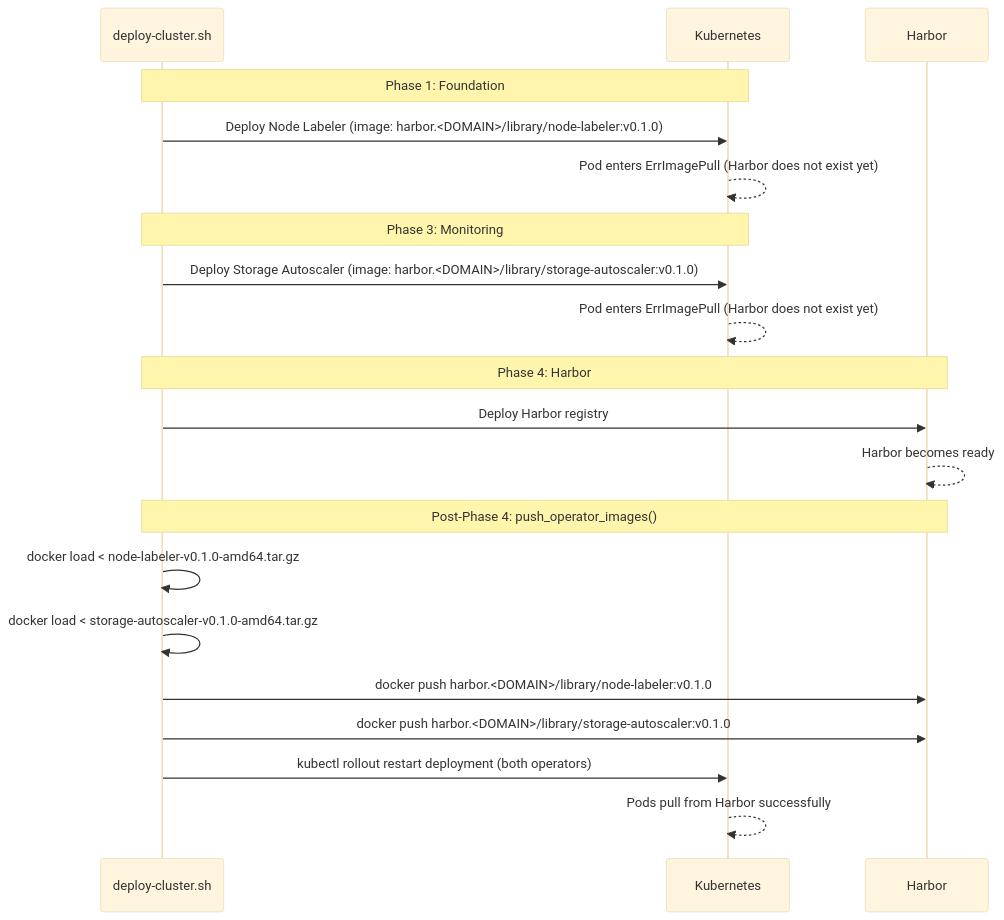
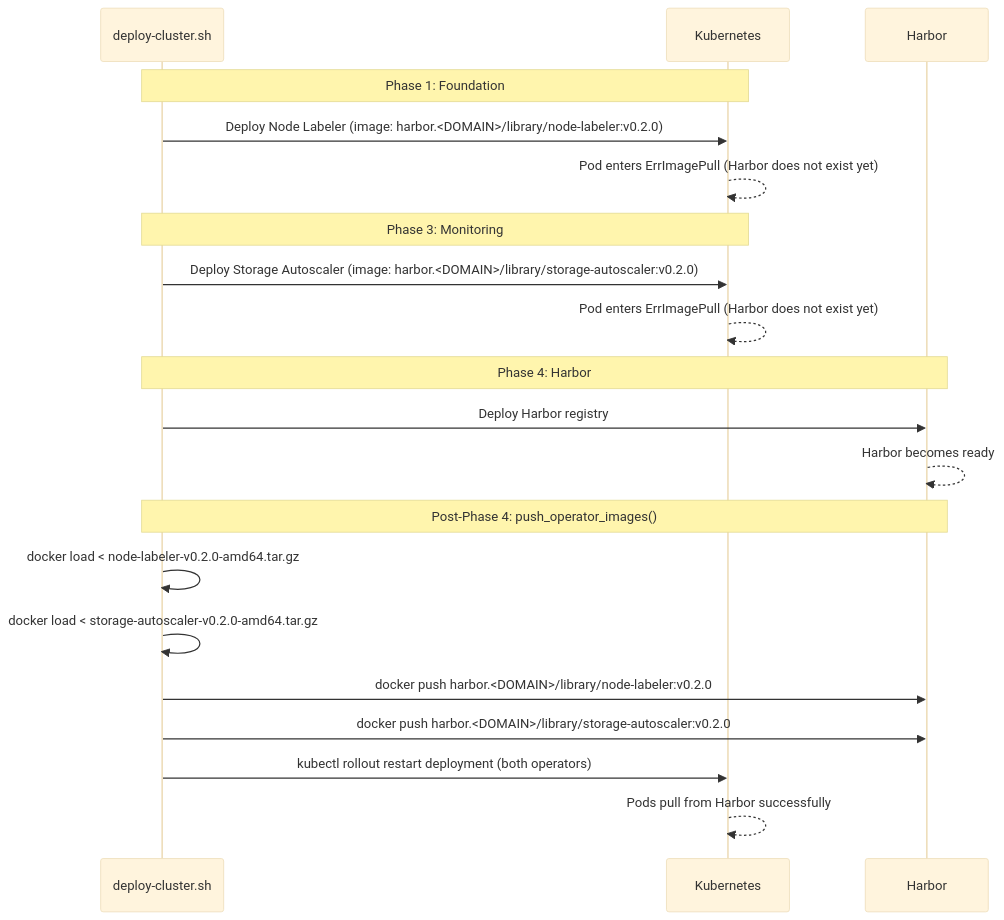
The seventh of 9 diagrams in docs/engineering/custom-operators.md (derhornspieler/harvester-rke2-platform), drawn with Mermaid (base theme) before and after one commit. The commit also changed other lines of this file and 50 other files, not shown here.

````diff
--- a/docs/engineering/custom-operators.md
+++ b/docs/engineering/custom-operators.md
@@ -770,26 +771,26 @@
 ```mermaid
 sequenceDiagram
     participant D as deploy-cluster.sh
     participant K as Kubernetes
     participant H as Harbor
 
     Note over D,K: Phase 1: Foundation
-    D->>K: Deploy Node Labeler (image: harbor.<DOMAIN>/library/node-labeler:v0.1.0)
+    D->>K: Deploy Node Labeler (image: harbor.<DOMAIN>/library/node-labeler:v0.2.0)
     K-->>K: Pod enters ErrImagePull (Harbor does not exist yet)
 
     Note over D,K: Phase 3: Monitoring
-    D->>K: Deploy Storage Autoscaler (image: harbor.<DOMAIN>/library/storage-autoscaler:v0.1.0)
+    D->>K: Deploy Storage Autoscaler (image: harbor.<DOMAIN>/library/storage-autoscaler:v0.2.0)
     K-->>K: Pod enters ErrImagePull (Harbor does not exist yet)
 
     Note over D,H: Phase 4: Harbor
     D->>H: Deploy Harbor registry
     H-->>H: Harbor becomes ready
 
     Note over D,H: Post-Phase 4: push_operator_images()
-    D->>D: docker load < node-labeler-v0.1.0-amd64.tar.gz
-    D->>D: docker load < storage-autoscaler-v0.1.0-amd64.tar.gz
-    D->>H: docker push harbor.<DOMAIN>/library/node-labeler:v0.1.0
-    D->>H: docker push harbor.<DOMAIN>/library/storage-autoscaler:v0.1.0
+    D->>D: docker load < node-labeler-v0.2.0-amd64.tar.gz
+    D->>D: docker load < storage-autoscaler-v0.2.0-amd64.tar.gz
+    D->>H: docker push harbor.<DOMAIN>/library/node-labeler:v0.2.0
+    D->>H: docker push harbor.<DOMAIN>/library/storage-autoscaler:v0.2.0
     D->>K: kubectl rollout restart deployment (both operators)
     K-->>K: Pods pull from Harbor successfully
 ```
````
